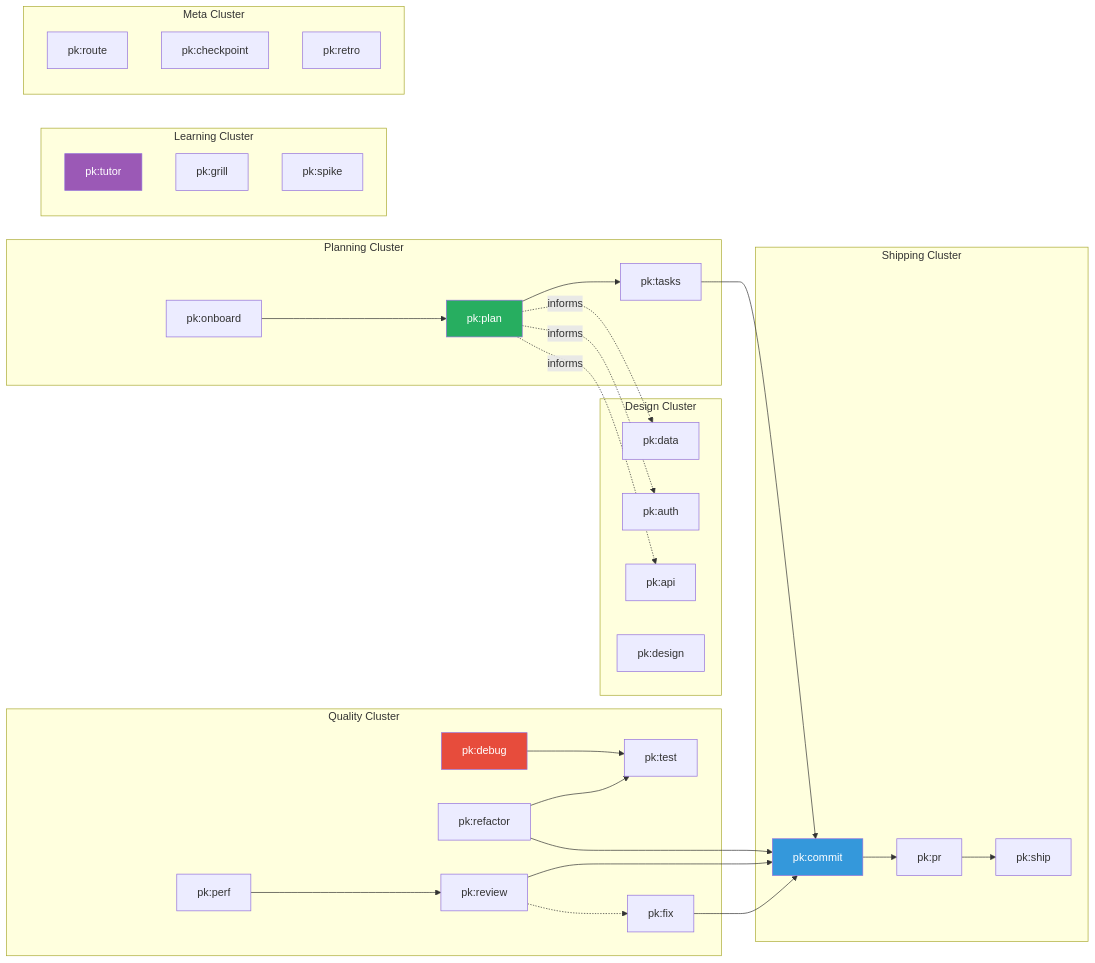
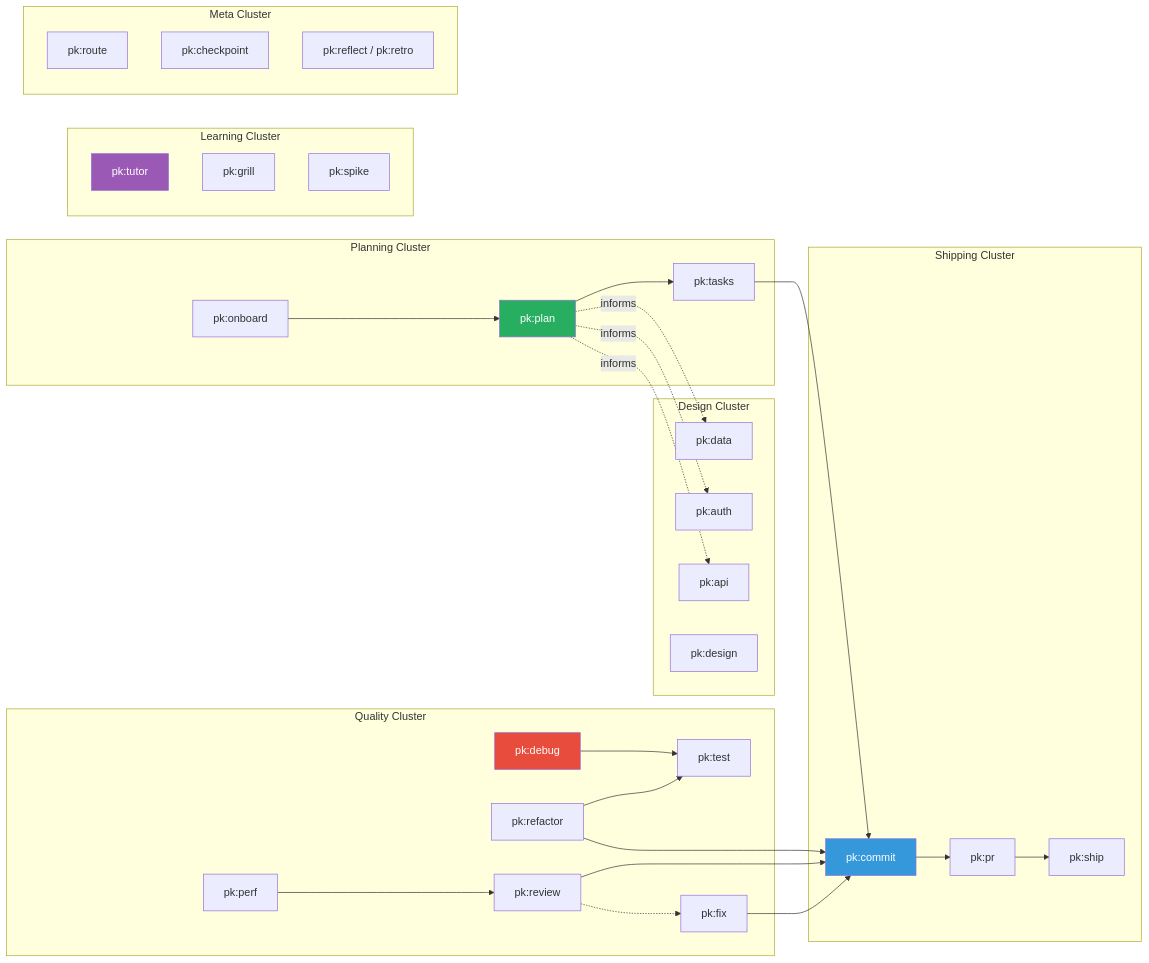
Before and after one commit to lowqualityloey/promptkit-os: the second of 2 diagrams in docs/WORKFLOW-MAP.md, drawn with Mermaid. The commit also changed other lines of this file and 13 other files, not shown here.

````diff
--- a/docs/WORKFLOW-MAP.md
+++ b/docs/WORKFLOW-MAP.md
@@ -272,63 +272,63 @@
 ```mermaid
 graph LR
     subgraph "Planning Cluster"
         Plan[pk:plan]
         Onboard[pk:onboard]
         Tasks[pk:tasks]
         Plan --> Tasks
         Onboard --> Plan
     end
     
     subgraph "Design Cluster"
         Data[pk:data]
         Auth[pk:auth]
         API[pk:api]
         Design[pk:design]
         Plan -.->|informs| Data
         Plan -.->|informs| Auth
         Plan -.->|informs| API
     end
     
     subgraph "Quality Cluster"
         Debug[pk:debug]
         Fix[pk:fix]
         Refactor[pk:refactor]
         Perf[pk:perf]
         Review[pk:review]
         Test[pk:test]
     end
     
     subgraph "Shipping Cluster"
         Commit[pk:commit]
         PR[pk:pr]
         Ship[pk:ship]
         Commit --> PR
         PR --> Ship
     end
     
     subgraph "Learning Cluster"
         Tutor[pk:tutor]
         Grill[pk:grill]
         Spike[pk:spike]
     end
     
     subgraph "Meta Cluster"
         Route[pk:route]
         Checkpoint[pk:checkpoint]
-        Retro[pk:retro]
+        Retro["pk:reflect / pk:retro"]
     end
     
     Tasks --> Commit
     Review --> Commit
     Review -.-> Fix
     Fix --> Commit
     Refactor --> Test
     Refactor --> Commit
     Debug --> Test
     Perf --> Review
     
     style Plan fill:#27AE60,color:#fff
     style Debug fill:#E74C3C,color:#fff
     style Commit fill:#3498DB,color:#fff
     style Tutor fill:#9B59B6,color:#fff
 ```
````
